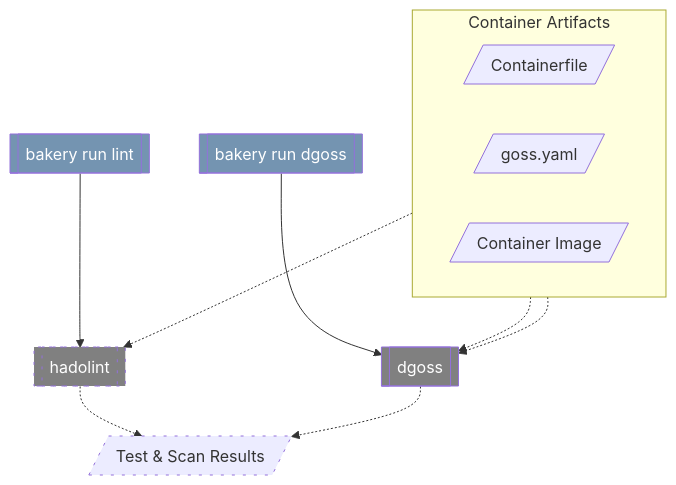
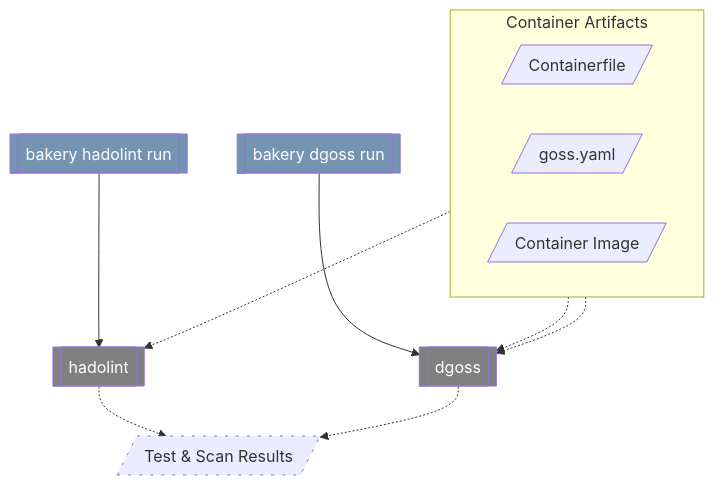
One commit to posit-dev/images-shared changed the fifth of 8 diagrams in posit-bakery/docs/architecture.qmd. Above: the diagram before and after it, drawn with Mermaid. The commit also changed other lines of this file and 1 other file, not shown here.

````diff
--- a/posit-bakery/docs/architecture.qmd
+++ b/posit-bakery/docs/architecture.qmd
@@ -176,37 +176,37 @@
 ```{mermaid}
 %%| fig-cap: "Bakery Testing Workflow"
 flowchart TD
 
     subgraph "Container Artifacts"
         direction LR
         containerfile[/Containerfile/]
         tests[/goss.yaml/]
         image[/Container Image/]
     end
 
 
     results[/"Test & Scan Results"/]
 
     lint[[hadolint]]
-    runLint[[bakery run lint]]
+    runLint[[bakery hadolint run]]
     runLint --> lint
     containerfile -.-> lint -.-> results
 
     dgoss[[dgoss]]
-    runDgoss[[bakery run dgoss]]
+    runDgoss[[bakery dgoss run]]
     image & tests -.-> dgoss
     runDgoss --> dgoss
     dgoss -.-> results
 
     classDef tooling fill:#7494B1,color:#fff
     classDef external fill:grey,color:#fff
     classDef progress stroke-dasharray: 2 2
     classDef todo stroke-dasharray: 3 8
 
     class runLint,runDgoss tooling
     class lint,dgoss external
 
     %% Mark what we are working on and is in flight %%
     class inprogress,snyk progress
-    class planned,lint,openscap,results todo
+    class planned,openscap,results todo
 ```
````
